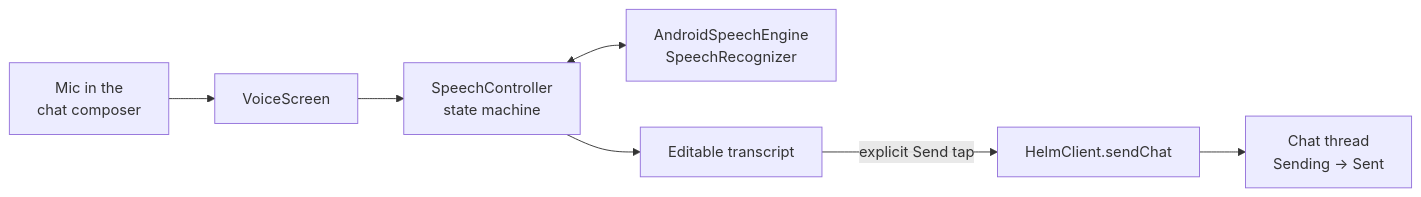
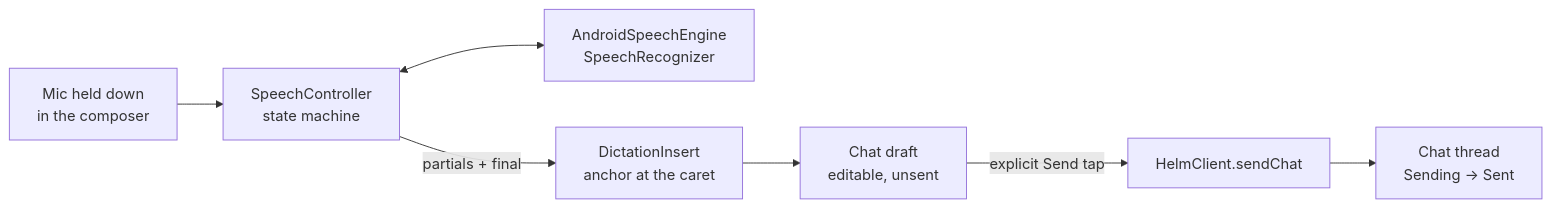
Before and after one commit to PetePeter/helm: the first of 4 diagrams in android/README.md, drawn with Mermaid. The commit also changed other lines of this file and 10 other files, not shown here.

First line of the commit message:
feat(mobile): push-to-talk dictation in the chat composer

````diff
--- a/android/README.md
+++ b/android/README.md
@@ -120,9 +120,9 @@
 ```mermaid
 graph LR
-    MIC[Mic in the<br/>chat composer] --> VS[VoiceScreen]
-    VS --> SC[SpeechController<br/>state machine]
+    MIC[Mic held down<br/>in the composer] --> SC[SpeechController<br/>state machine]
     SC <--> AE[AndroidSpeechEngine<br/>SpeechRecognizer]
-    SC --> ED[Editable transcript]
-    ED -->|explicit Send tap| HC[HelmClient.sendChat]
+    SC -->|partials + final| DI[DictationInsert<br/>anchor at the caret]
+    DI --> DR[Chat draft<br/>editable, unsent]
+    DR -->|explicit Send tap| HC[HelmClient.sendChat]
     HC --> TH[Chat thread<br/>Sending → Sent]
 ```
````
